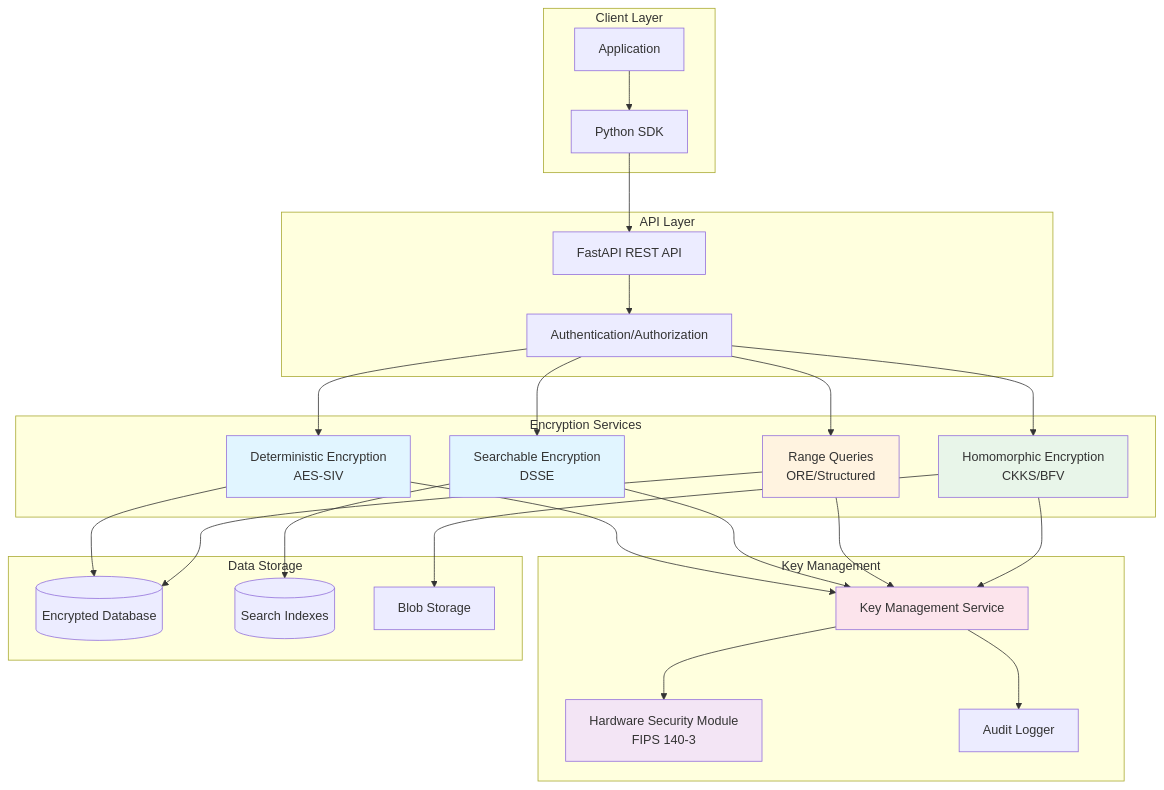
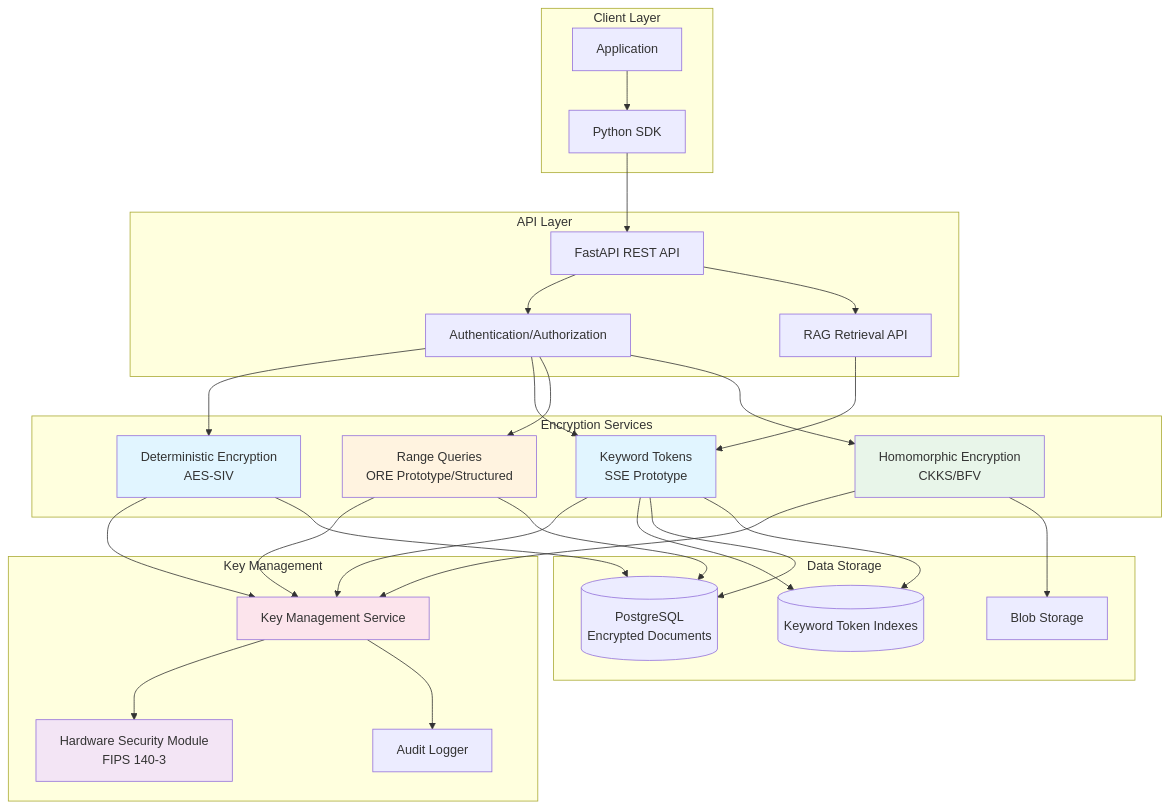
One commit to MysterionRise/encrypted-information-retrieval changed the first of 18 diagrams in docs/ARCHITECTURE.md. Above: the diagram before and after it, drawn with Mermaid. The commit also changed other lines of this file and 61 other files, not shown here.

Commit message:
Finalize CTO-ready regulated RAG retrieval prototype

````diff
--- a/docs/ARCHITECTURE.md
+++ b/docs/ARCHITECTURE.md
@@ -34,59 +42,64 @@
 ```mermaid
 graph TB
     subgraph "Client Layer"
         APP[Application]
         SDK[Python SDK]
     end
 
     subgraph "API Layer"
         REST[FastAPI REST API]
         AUTH[Authentication/Authorization]
+        RAG[RAG Retrieval API]
     end
 
     subgraph "Encryption Services"
         DET[Deterministic Encryption<br/>AES-SIV]
-        SSE[Searchable Encryption<br/>DSSE]
-        RANGE[Range Queries<br/>ORE/Structured]
+        SSE[Keyword Tokens<br/>SSE Prototype]
+        RANGE[Range Queries<br/>ORE Prototype/Structured]
         HE[Homomorphic Encryption<br/>CKKS/BFV]
     end
 
     subgraph "Key Management"
         KMS[Key Management Service]
         HSM[Hardware Security Module<br/>FIPS 140-3]
         AUDIT[Audit Logger]
     end
 
     subgraph "Data Storage"
-        DB[(Encrypted Database)]
-        INDEX[(Search Indexes)]
+        DB[(PostgreSQL<br/>Encrypted Documents)]
+        INDEX[(Keyword Token Indexes)]
         BLOB[Blob Storage]
     end
 
     APP --> SDK
     SDK --> REST
     REST --> AUTH
+    REST --> RAG
     AUTH --> DET
     AUTH --> SSE
     AUTH --> RANGE
     AUTH --> HE
+    RAG --> SSE
 
     DET --> KMS
     SSE --> KMS
     RANGE --> KMS
     HE --> KMS
 
     KMS --> HSM
     KMS --> AUDIT
 
     DET --> DB
     SSE --> INDEX
     RANGE --> DB
     HE --> BLOB
+    SSE --> DB
+    SSE --> INDEX
 
     style DET fill:#e1f5ff
     style SSE fill:#e1f5ff
     style RANGE fill:#fff3e0
     style HE fill:#e8f5e9
     style KMS fill:#fce4ec
     style HSM fill:#f3e5f5
 ```
````
